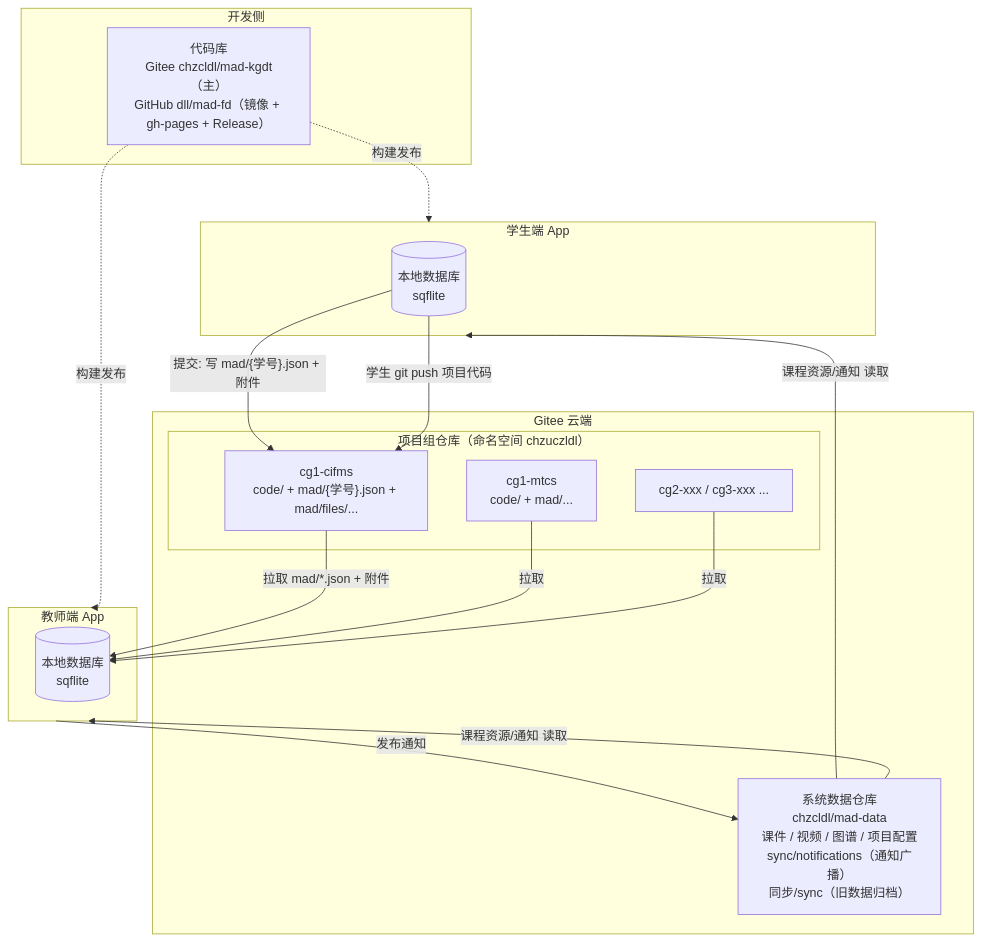
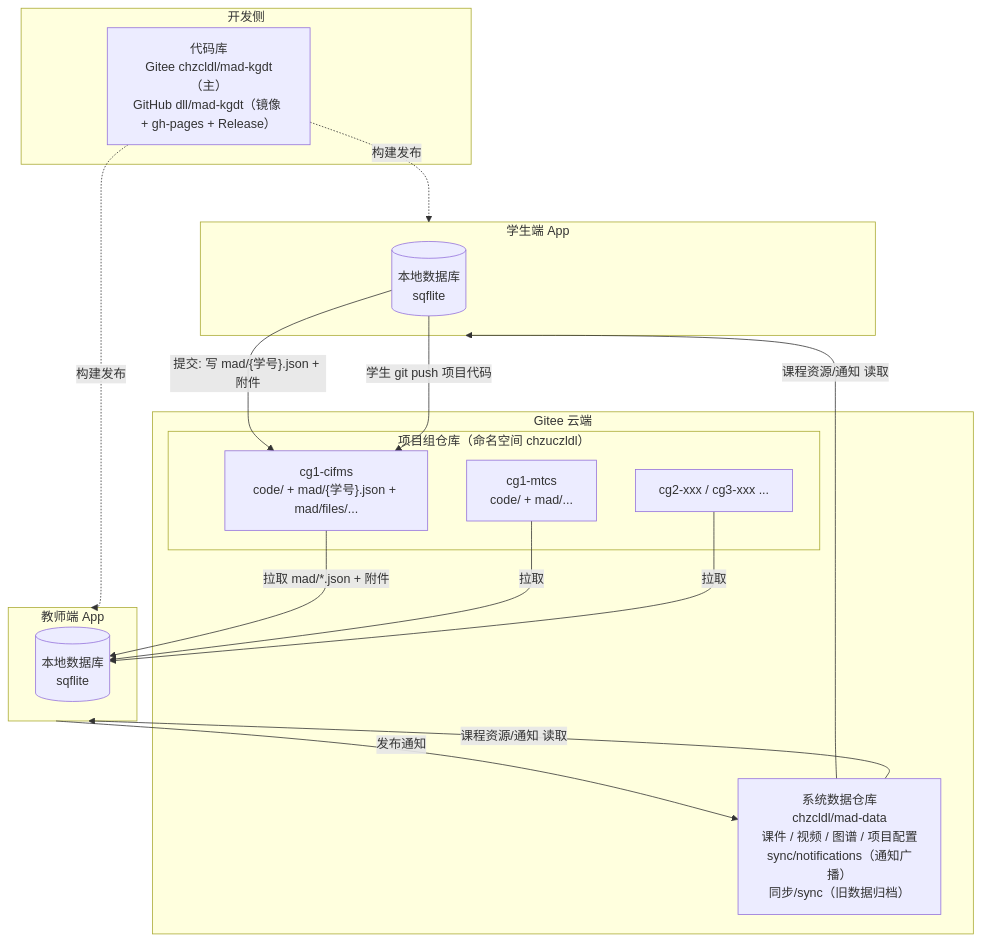
The first of 3 diagrams in docs/项目仓库设计.md (dll/ckgdt), drawn with Mermaid before and after one commit. The commit also changed other lines of this file and 30 other files, not shown here.

````diff
--- a/docs/项目仓库设计.md
+++ b/docs/项目仓库设计.md
@@ -25,40 +25,40 @@
 ```mermaid
 flowchart TB
     subgraph DEV["开发侧"]
-        CODE["代码库<br/>Gitee chzcldl/mad-kgdt（主）<br/>GitHub dll/mad-fd（镜像 + gh-pages + Release）"]
+        CODE["代码库<br/>Gitee chzcldl/mad-kgdt（主）<br/>GitHub dll/mad-kgdt（镜像 + gh-pages + Release）"]
     end
 
     subgraph CLOUD["Gitee 云端"]
         SYS["系统数据仓库<br/>chzcldl/mad-data<br/>课件 / 视频 / 图谱 / 项目配置<br/>sync/notifications（通知广播）<br/>同步/sync（旧数据归档）"]
         subgraph GROUPS["项目组仓库（命名空间 chzuczldl）"]
             G1["cg1-cifms<br/>code/ + mad/{学号}.json + mad/files/..."]
             G2["cg1-mtcs<br/>code/ + mad/..."]
             G3["cg2-xxx / cg3-xxx ..."]
         end
     end
 
     subgraph STU["学生端 App"]
         SDB[("本地数据库<br/>sqflite")]
     end
     subgraph TEA["教师端 App"]
         TDB[("本地数据库<br/>sqflite")]
     end
 
     %% 代码
     CODE -. 构建发布 .-> STU
     CODE -. 构建发布 .-> TEA
 
     %% 课程资源 & 通知
     SYS -- 课程资源/通知 读取 --> STU
     SYS -- 课程资源/通知 读取 --> TEA
     TEA -- 发布通知 --> SYS
 
     %% 学生提交（push 到自己组仓库）
     SDB -- "提交: 写 mad/{学号}.json + 附件" --> G1
     SDB -- "学生 git push 项目代码" --> G1
 
     %% 教师拉取（从各组仓库 pull）
     G1 -- "拉取 mad/*.json + 附件" --> TDB
     G2 -- 拉取 --> TDB
     G3 -- 拉取 --> TDB
 ```
````
